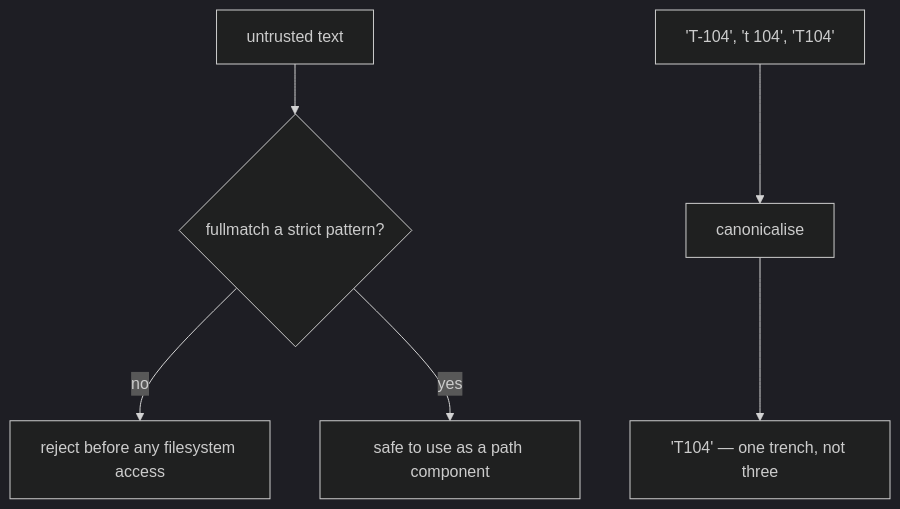
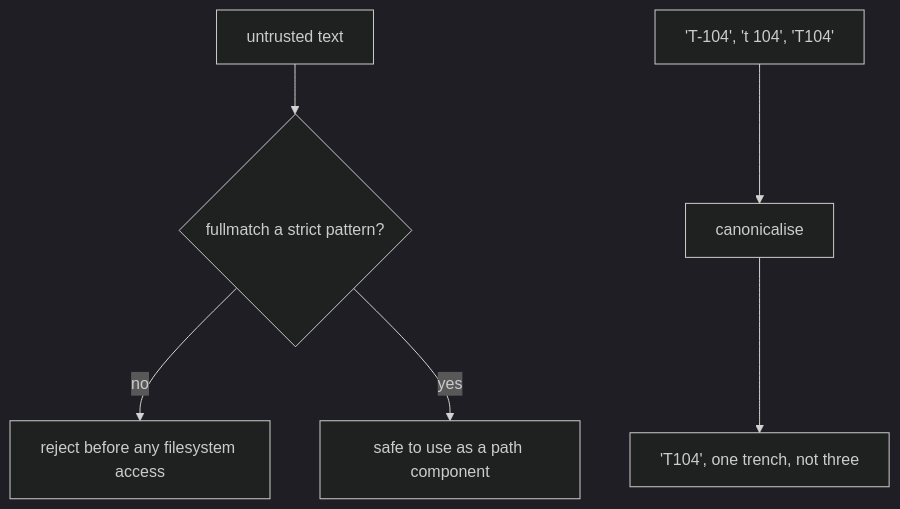
The diagram in docs/cs/regular-expressions.md (jennarbates/StratigraphyGenerator), drawn with Mermaid (dark theme) before and after one commit. The commit also changed other lines of this file and 309 other files, not shown here.

````diff
--- a/docs/cs/regular-expressions.md
+++ b/docs/cs/regular-expressions.md
@@ -45,8 +45,8 @@
 ```mermaid
 flowchart TB
   U["untrusted text"] --> V{"fullmatch a strict pattern?"}
   V -->|no| R["reject before any filesystem access"]
   V -->|yes| A["safe to use as a path component"]
   L["'T-104', 't 104', 'T104'"] --> C["canonicalise"]
-  C --> One["'T104' — one trench, not three"]
+  C --> One["'T104', one trench, not three"]
 ```
````
